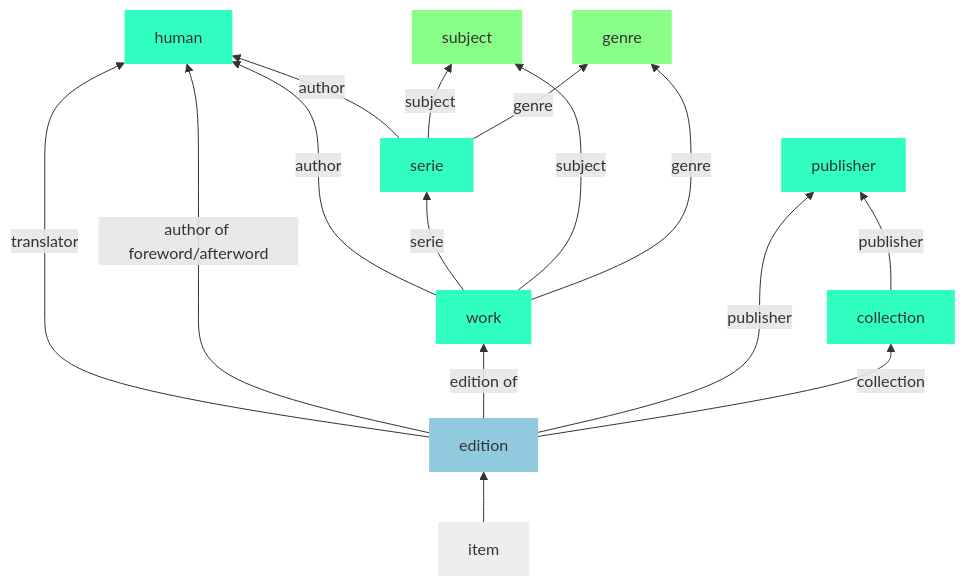
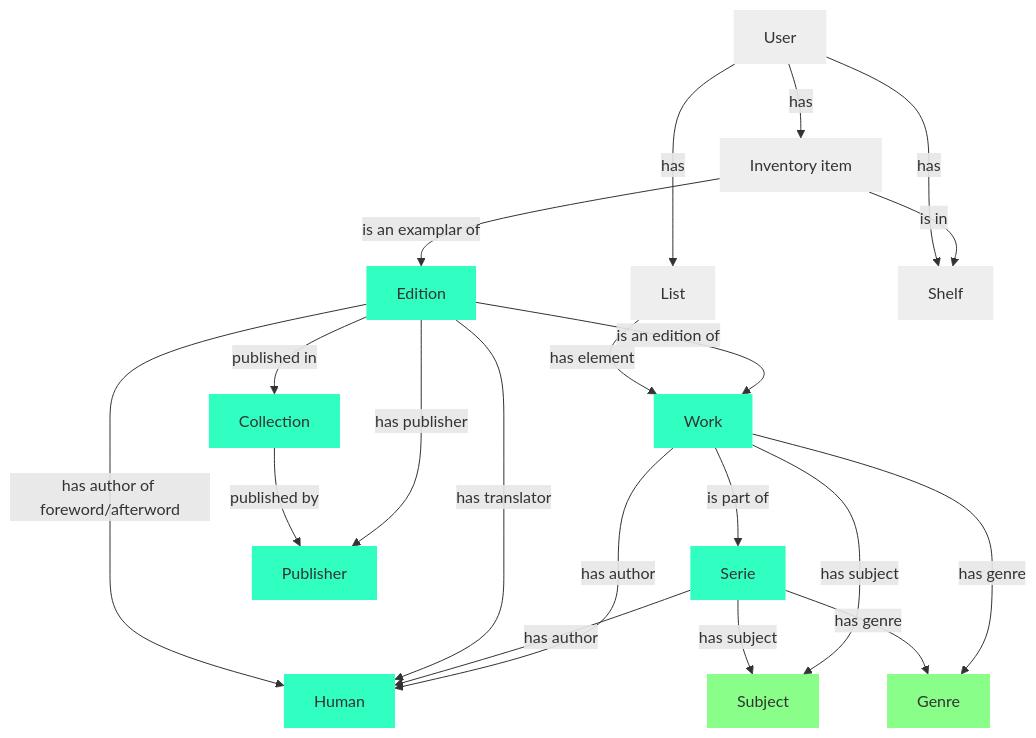
The diagram in src/map.mmd (inventaire/entities-map), drawn with Mermaid before and after one commit. The commit also changed 2 other files, not shown here.

Commit message:
update graphs

```diff
--- a/src/map.mmd
+++ b/src/map.mmd
@@ -1,26 +1,53 @@
-graph BT
+graph TB
 
-  work -->|author| human
-  work -->|serie| serie
-  work -->|subject| subject
-  work -->|genre| genre
-  serie -->|author| human
-  serie -->|subject| subject
-  serie -->|genre| genre
-  edition -->|translator| human
-  edition -->|author of foreword/afterword| human
-  edition -->|edition of| work
-  edition -->|publisher| publisher
-  edition -->|collection| collection
-  collection -->|publisher| publisher
-  item --> edition
+  subject[Subject]:::wikidata
+  genre[Genre]:::wikidata
+  work[Work]:::both
+  human[Human]:::both
+  serie[Serie]:::both
+  publisher[Publisher]:::both
+  collection[Collection]:::both
+  edition[Edition]:::both
+  item[Inventory item]:::notanentity
+  list[List]:::notanentity
+  shelf[Shelf]:::notanentity
+  user[User]:::notanentity
+
+  %% Doesn't produce the links as the docs says
+  %% click subject https://wiki.inventaire.io/wiki/Glossary#Subject
+  %% click genre https://wiki.inventaire.io/wiki/Glossary#Genre
+  %% click work https://wiki.inventaire.io/wiki/Glossary#Work
+  %% click human https://wiki.inventaire.io/wiki/Glossary#Human
+  %% click serie https://wiki.inventaire.io/wiki/Glossary#Serie
+  %% click publisher https://wiki.inventaire.io/wiki/Glossary#Publisher
+  %% click collection https://wiki.inventaire.io/wiki/Glossary#Collection
+  %% click edition https://wiki.inventaire.io/wiki/Glossary#Edition
+  %% click item https://wiki.inventaire.io/wiki/Glossary#Item
+  %% click shelf https://wiki.inventaire.io/wiki/Glossary#Shelf
+  %% click list https://wiki.inventaire.io/wiki/Glossary#List
+  %% click user https://wiki.inventaire.io/wiki/Glossary#User
+
+  work -->|has author| human
+  work -->|is part of| serie
+  work -->|has subject| subject
+  work -->|has genre| genre
+  serie -->|has author| human
+  serie -->|has subject| subject
+  serie -->|has genre| genre
+  edition -->|has translator| human
+  edition -->|has author of foreword/afterword| human
+  edition -->|is an edition of| work
+  edition -->|has publisher| publisher
+  edition -->|published in| collection
+  collection -->|published by| publisher
+  item -->|is an examplar of| edition
+  item -->|is in| shelf
+  list -->|has element| work
+  user -->|has| item
+  user -->|has| shelf
+  user -->|has| list
 
   classDef wikidata fill:#22ff2288,stroke-width:0;
   classDef both fill:#31ffc2,stroke-width:0;
-  classDef inventaire fill:#319cc288,stroke-width:0;
+  %% classDef inventaire fill:#319cc288,stroke-width:0;
   classDef notanentity fill:#eee,stroke-width:0;
-
-  class subject,genre wikidata;
-  class work,human,serie,publisher,collection both;
-  class edition inventaire;
-  class item notanentity;
```
